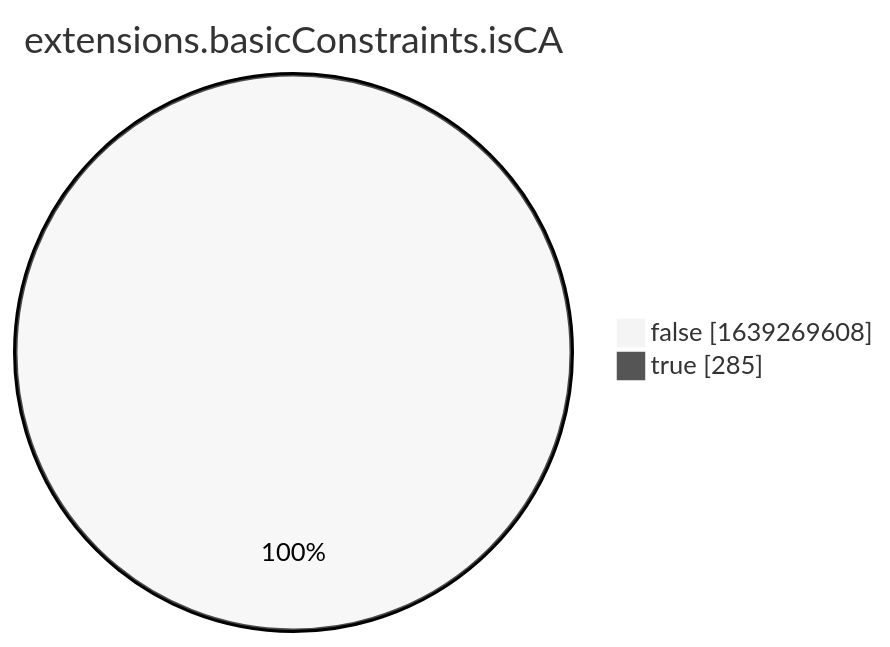
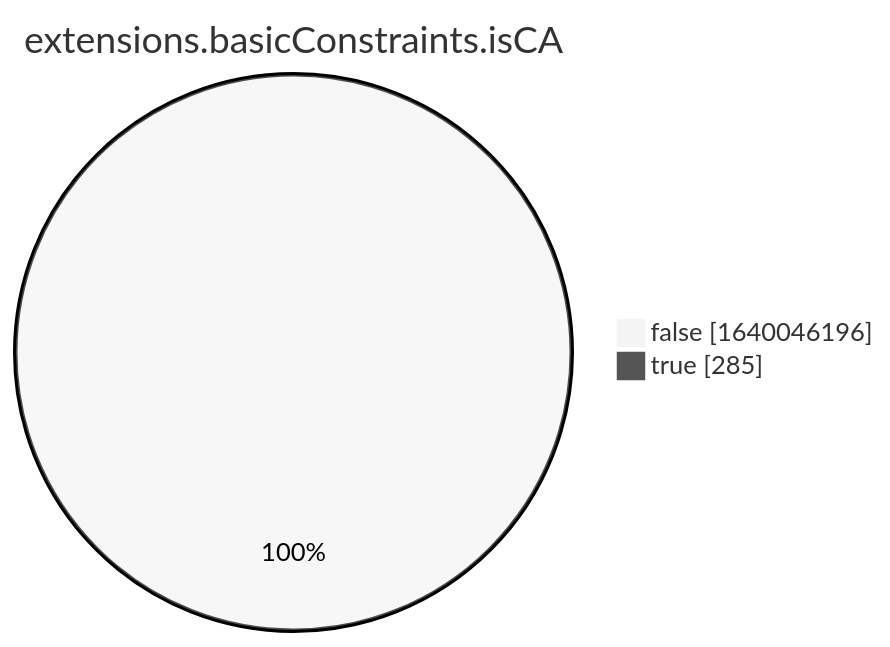
Before and after one commit to christiankrug/ctmonitor_visualization: the eighth of 15 diagrams in xenon2022/README.md, drawn with Mermaid (neutral theme). The commit also changed other lines of this file, not shown here.

````diff
--- a/xenon2022/README.md
+++ b/xenon2022/README.md
@@ -2863,6 +2863,6 @@
 ```mermaid
 pie showData
 title extensions.basicConstraints.isCA
-"false" :1639269608
+"false" :1640046196
 "true" :285
 ```
````
